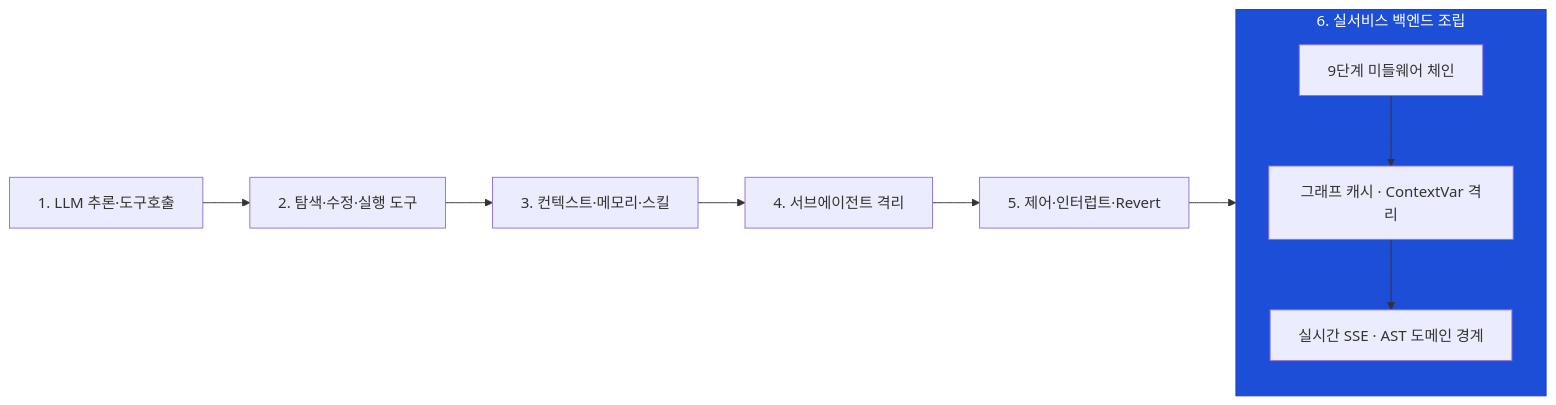
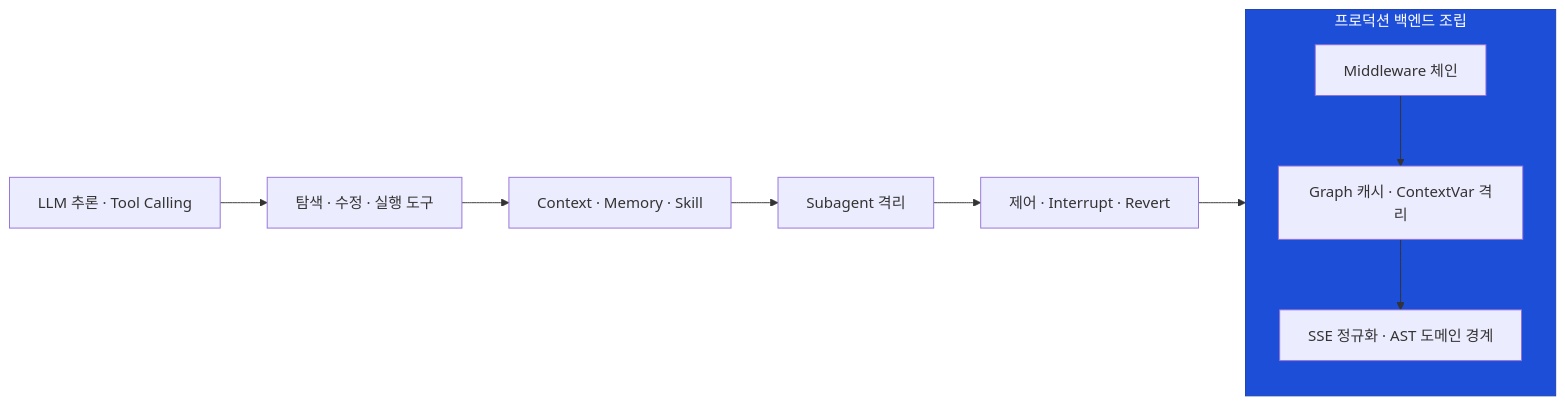
Before and after one commit to Abyssey/anvil: diagram 12 of 12 in docs/coding-agent-study.md, drawn with Mermaid. The commit also changed other lines of this file and 3 other files, not shown here.

````diff
--- a/docs/coding-agent-study.md
+++ b/docs/coding-agent-study.md
@@ -500,14 +512,14 @@
 ```mermaid
 flowchart LR
-  S1["1. LLM 추론·도구호출"]
-  S2["2. 탐색·수정·실행 도구"]
-  S3["3. 컨텍스트·메모리·스킬"]
-  S4["4. 서브에이전트 격리"]
-  S5["5. 제어·인터럽트·Revert"]
-  subgraph S6["6. 실서비스 백엔드 조립"]
+  S1["LLM 추론 · Tool Calling"]
+  S2["탐색 · 수정 · 실행 도구"]
+  S3["Context · Memory · Skill"]
+  S4["Subagent 격리"]
+  S5["제어 · Interrupt · Revert"]
+  subgraph S6["프로덕션 백엔드 조립"]
     direction TB
-    S6A["9단계 미들웨어 체인"] --> S6B["그래프 캐시 · ContextVar 격리"] --> S6C["실시간 SSE · AST 도메인 경계"]
+    S6A["Middleware 체인"] --> S6B["Graph 캐시 · ContextVar 격리"] --> S6C["SSE 정규화 · AST 도메인 경계"]
   end
   S1 --> S2 --> S3 --> S4 --> S5 --> S6
   style S6 fill:#1d4ed8,stroke:#1e40af,color:#ffffff
 ```
````
